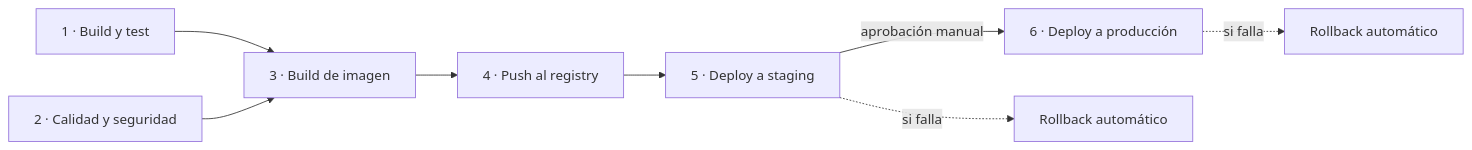
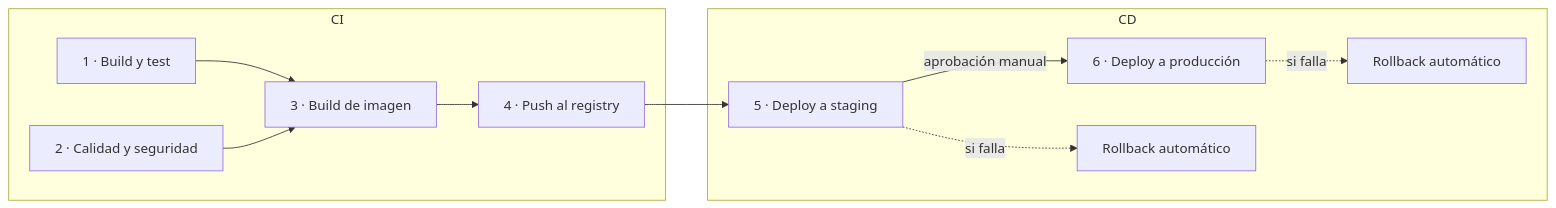
The first of 2 diagrams in cicd/README.md (londono652/nelua-api), drawn with Mermaid before and after one commit. The commit also changed other lines of this file and 7 other files, not shown here.

````diff
--- a/cicd/README.md
+++ b/cicd/README.md
@@ -19,10 +23,14 @@
 ```mermaid
 flowchart LR
-  T["1 · Build y test"] --> I["3 · Build de imagen"]
-  Q["2 · Calidad y seguridad"] --> I
-  I --> P["4 · Push al registry"]
-  P --> S["5 · Deploy a staging"]
-  S -->|aprobación manual| PR["6 · Deploy a producción"]
-  S -.->|si falla| RS["Rollback automático"]
-  PR -.->|si falla| RP["Rollback automático"]
+  subgraph CI
+    T["1 · Build y test"] --> I["3 · Build de imagen"]
+    Q["2 · Calidad y seguridad"] --> I
+    I --> P["4 · Push al registry"]
+  end
+  subgraph CD
+    S["5 · Deploy a staging"] -->|aprobación manual| PR["6 · Deploy a producción"]
+    S -.->|si falla| RS["Rollback automático"]
+    PR -.->|si falla| RP["Rollback automático"]
+  end
+  P --> S
 ```
````
